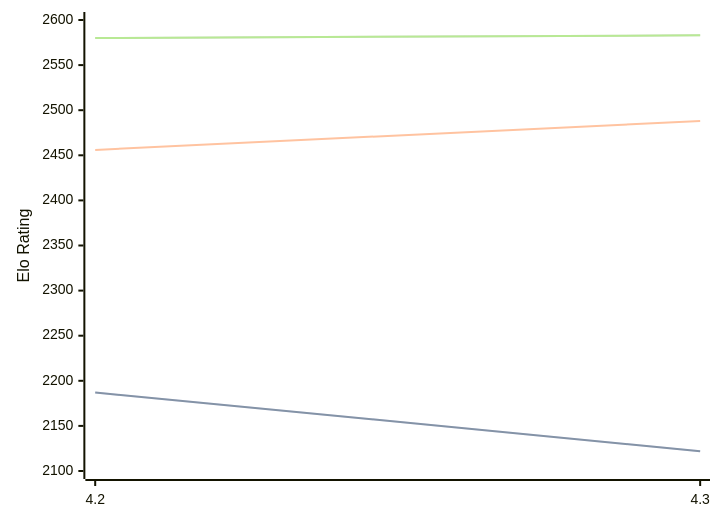
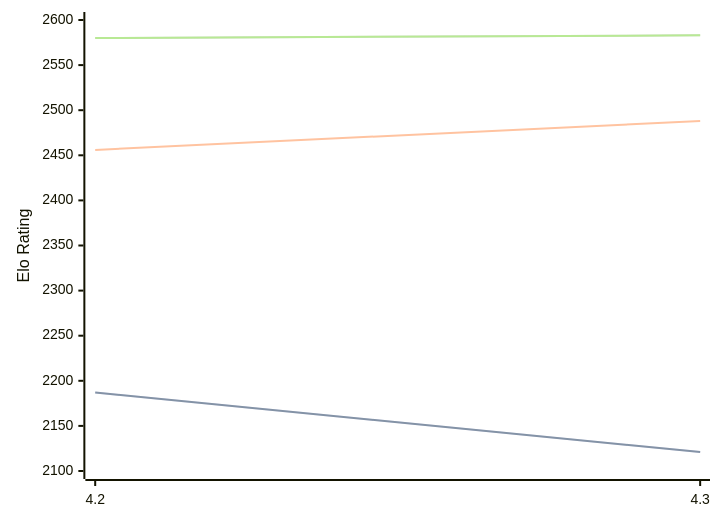
The diagram in engines/Eubos.md (computer-chess-index/cci), drawn with Mermaid before and after one commit. The commit also changed other lines of this file, not shown here.

Commit message:
Update CCI Ratings (ELO VLTC) - 2026-03-24

````diff
--- a/engines/Eubos.md
+++ b/engines/Eubos.md
@@ -88,11 +88,11 @@
 ```mermaid
 %%{init: {"theme":"base","themeVariables":{"seriesColors:['#a3a3a3','#222221','#faa371']}}}%%
 xychart-beta
   x-axis ["4.2", "4.3"]
   y-axis "Elo Rating" 2100 --> 2600
-  line "STC (8.0+0.08s)" [2187, 2122]
-  line "STC (8.0+0.08s)" [2187, 2122]
+  line "STC (8.0+0.08s)" [2187, 2121]
+  line "STC (8.0+0.08s)" [2187, 2121]
   line "LTC (60.0+0.60s)" [2456, 2488]
   line "VLTC (2m24s+1.12s)" [2580, 2583]
   line "VLTC (2m24s+1.12s)" [2580, 2583]
 ```
````
